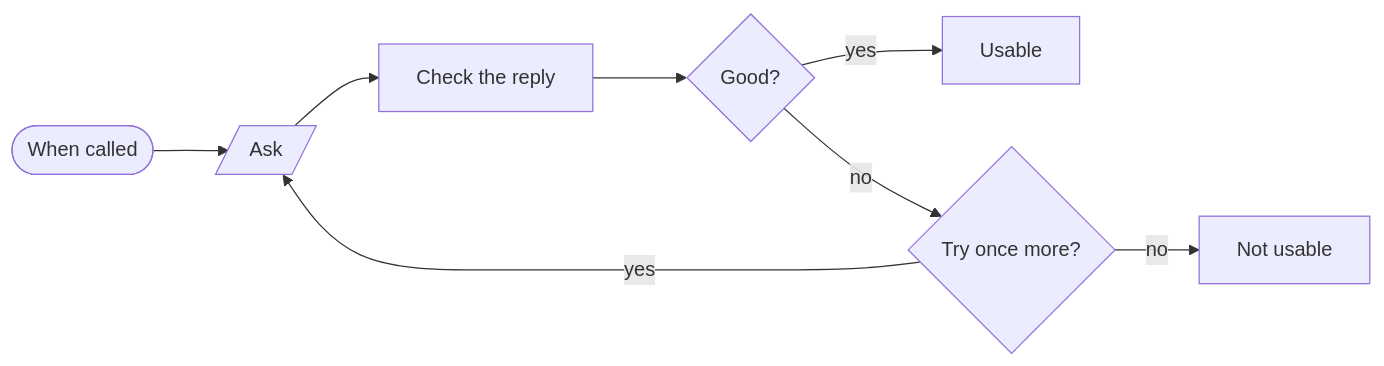
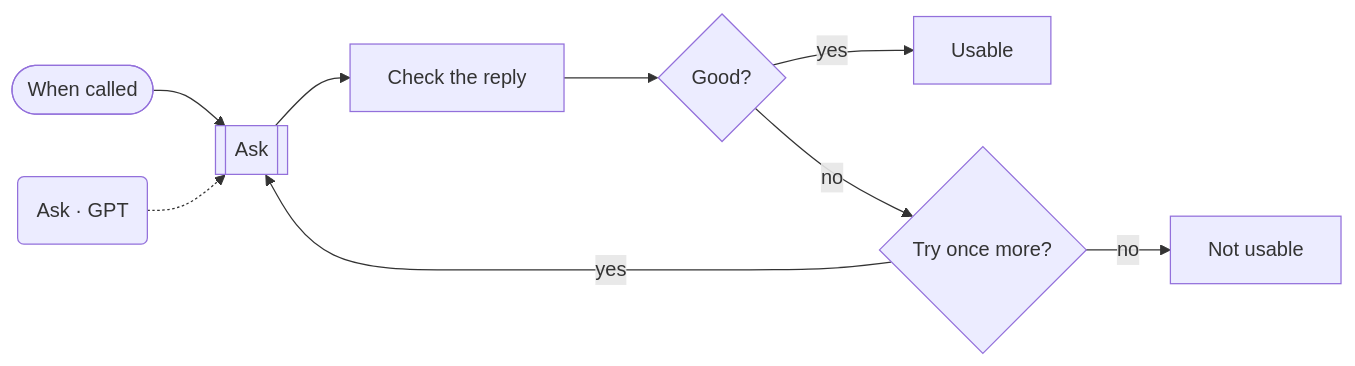
One commit to kimjoshuadr/n8n-workflows changed the first of 4 diagrams in blocks/ai/README.md. Above: the diagram before and after it, drawn with Mermaid. The commit also changed other lines of this file and 184 other files, not shown here.

Commit message:
Finish the move to named platforms: blocks, BambooHR, generated README, schema and platform marks

````diff
--- a/blocks/ai/README.md
+++ b/blocks/ai/README.md
@@ -17,17 +15,19 @@
 ```mermaid
 flowchart LR
   nxyuboc(["When called"])
-  n5vxu[/"Ask"/]
+  n5vxu[["Ask"]]
+  np41ng4("Ask · GPT")
   n1jidkd8["Check the reply"]
   n4gdz6j{"Good?"}
   n1urqlxz{"Try once more?"}
   n2qe4f3["Usable"]
   njry0jw["Not usable"]
   nxyuboc --> n5vxu
   n5vxu --> n1jidkd8
   n1jidkd8 --> n4gdz6j
   n4gdz6j -->|yes| n2qe4f3
   n4gdz6j -->|no| n1urqlxz
   n1urqlxz -->|yes| n5vxu
   n1urqlxz -->|no| njry0jw
+  np41ng4 -.-> n5vxu
 ```
````
